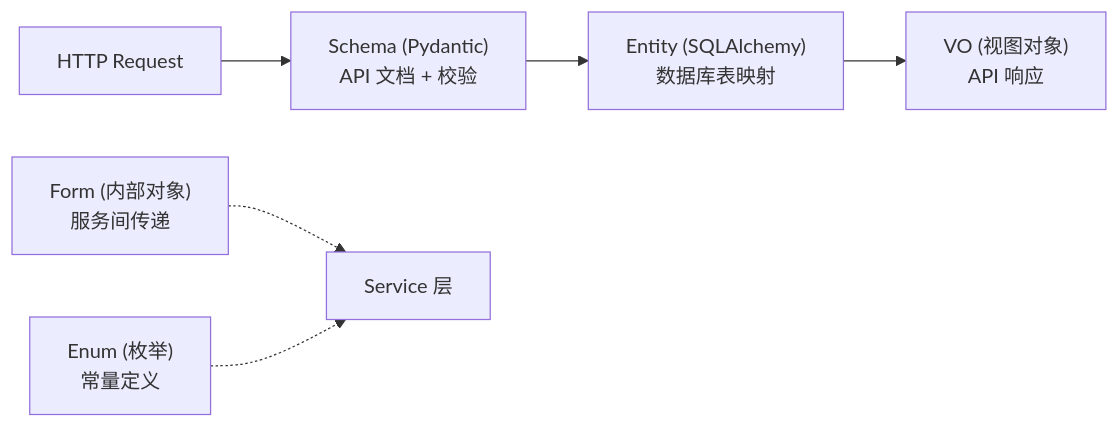
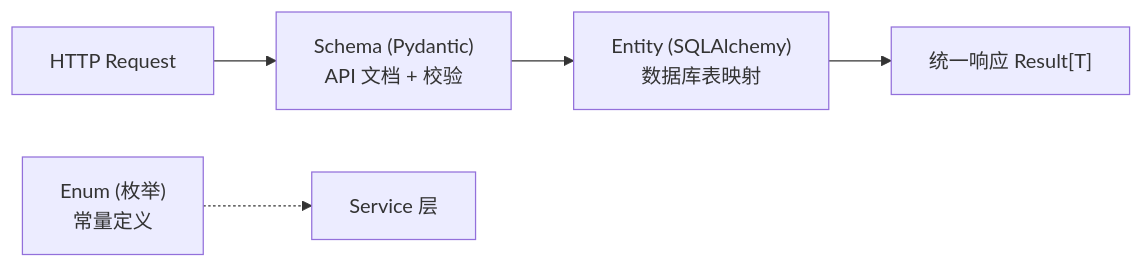
One commit to earthy-zinc/dehaze-system changed the third of 15 diagrams in dehaze-doc/docs/02-系统架构/08-后端基础设施设计(Python).md. Above: the diagram before and after it, drawn with Mermaid. The commit also changed other lines of this file and 10 other files, not shown here.

````diff
--- a/dehaze-doc/docs/02-系统架构/08-后端基础设施设计(Python).md
+++ b/dehaze-doc/docs/02-系统架构/08-后端基础设施设计(Python).md
@@ -193,9 +246,8 @@
 ```mermaid
 flowchart LR
     Request["HTTP Request"] --> Schema["Schema (Pydantic)<br/>API 文档 + 校验"]
     Schema --> Entity["Entity (SQLAlchemy)<br/>数据库表映射"]
-    Entity --> VO["VO (视图对象)<br/>API 响应"]
+    Entity --> Response["统一响应 Result[T]"]
 
-    Form["Form (内部对象)<br/>服务间传递"] -.-> Service["Service 层"]
-    Enum["Enum (枚举)<br/>常量定义"] -.-> Service
+    Enum["Enum (枚举)<br/>常量定义"] -.-> Service["Service 层"]
 ```
````
